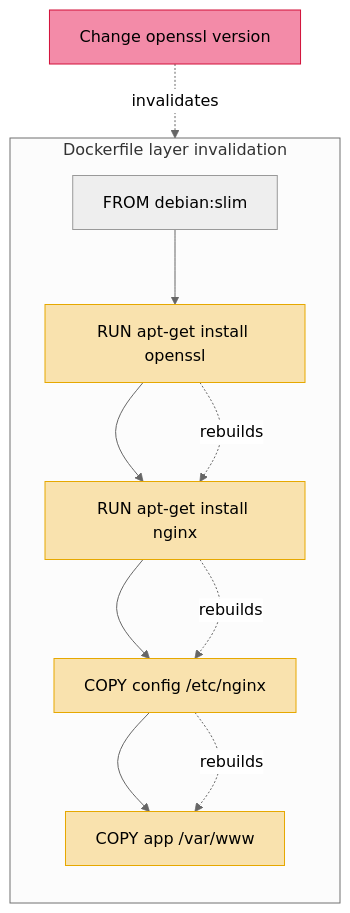
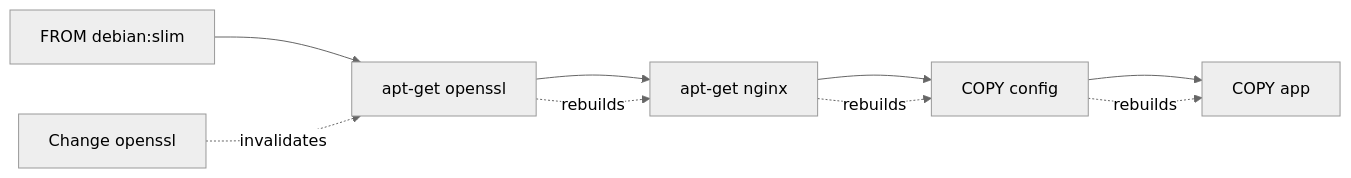
Before and after one commit to Dauliac/nix-oci: the second of 4 diagrams in docs/content/explanation/archive-less-container-building.md, drawn with Mermaid (neutral theme). The commit also changed other lines of this file and 65 other files, not shown here.

````diff
--- a/docs/content/explanation/archive-less-container-building.md
+++ b/docs/content/explanation/archive-less-container-building.md
@@ -58,20 +52,11 @@
 ```mermaid
-flowchart TD
-    subgraph "Dockerfile layer invalidation"
-        direction TB
-        BASE["FROM debian:slim"] --> L1["RUN apt-get install openssl"]
-        L1 --> L2["RUN apt-get install nginx"]
-        L2 --> L3["COPY config /etc/nginx"]
-        L3 --> L4["COPY app /var/www"]
-    end
-    CHANGE["Change openssl version"] -.->|"invalidates"| L1
+flowchart LR
+    BASE["FROM debian:slim"] --> L1["apt-get openssl"]
+    L1 --> L2["apt-get nginx"]
+    L2 --> L3["COPY config"]
+    L3 --> L4["COPY app"]
+    CHANGE["Change openssl"] -.->|"invalidates"| L1
     L1 -.->|"rebuilds"| L2
     L2 -.->|"rebuilds"| L3
     L3 -.->|"rebuilds"| L4
-
-    style CHANGE fill:#f38ba8,stroke:#d20f39,color:#000
-    style L1 fill:#f9e2ae,stroke:#e6a800,color:#000
-    style L2 fill:#f9e2ae,stroke:#e6a800,color:#000
-    style L3 fill:#f9e2ae,stroke:#e6a800,color:#000
-    style L4 fill:#f9e2ae,stroke:#e6a800,color:#000
 ```
````
